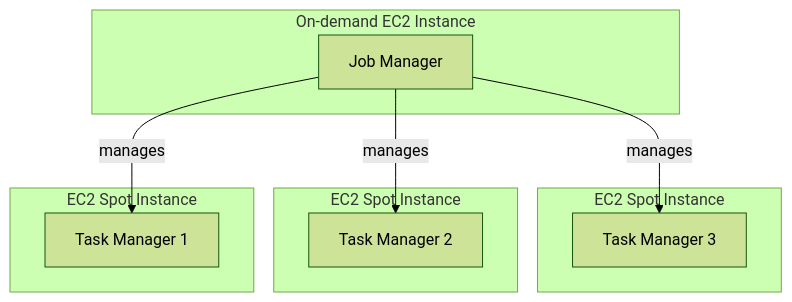
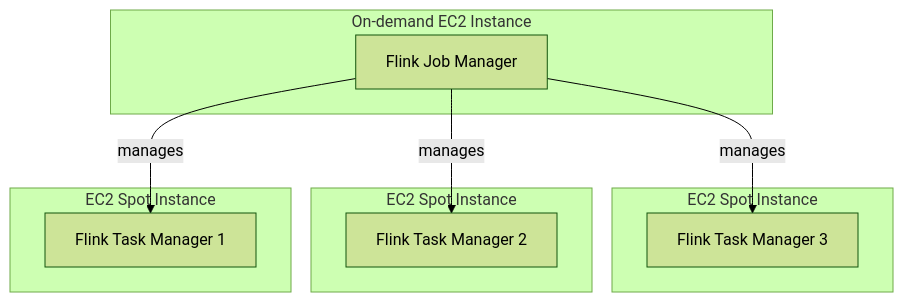
Before and after one commit to gordonmurray/tofu_aws_apache_flink: the diagram in readme.md, drawn with Mermaid (forest theme).

Commit message:
Trying Mermaid diagram

````diff
--- a/readme.md
+++ b/readme.md
@@ -8,19 +8,19 @@
 ```mermaid
 graph TD
     subgraph On-demand EC2 Instance
-        JM[Job Manager]
+        JM[Flink Job Manager]
     end
     subgraph EC2 Spot Instance
-        TM1[Task Manager 3]
+        TM1[Flink Task Manager 3]
     end
     subgraph EC2 Spot Instance
-        TM2[Task Manager 2]
+        TM2[Flink Task Manager 2]
     end
     subgraph EC2 Spot Instance
-        TM3[Task Manager 1]
+        TM3[Flink Task Manager 1]
     end
 
     JM -->|manages| TM1
     JM -->|manages| TM2
     JM -->|manages| TM3
 ```
````
